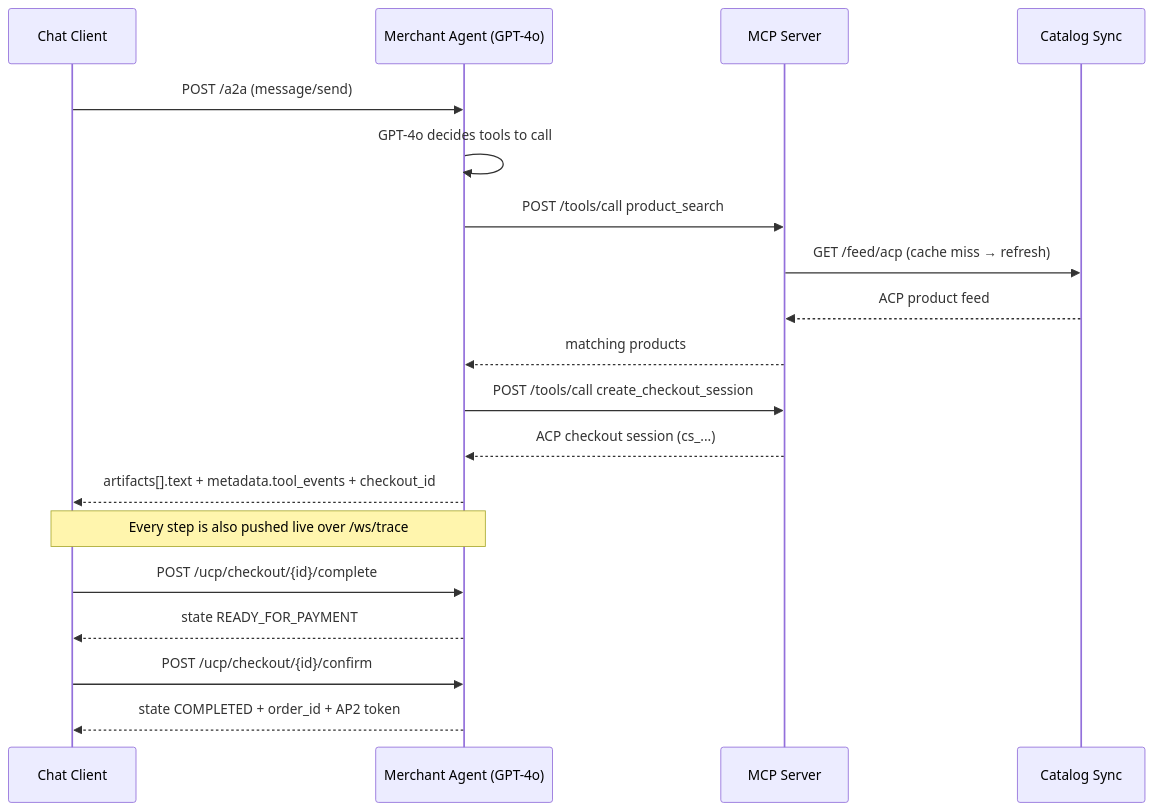
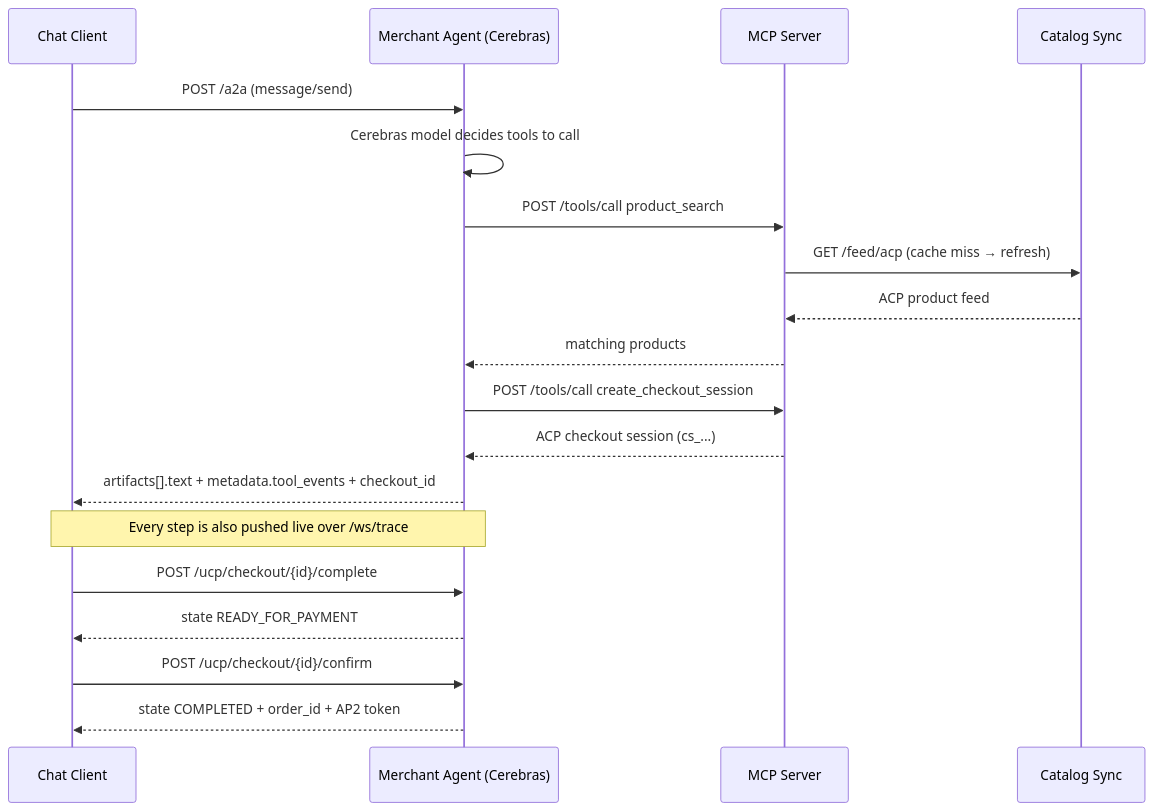
Before and after one commit to ahnafyy/ai-engineer-2026-agentic-commerce-stack: the second of 2 diagrams in docs/architecture.md, drawn with Mermaid. The commit also changed other lines of this file and 23 other files, not shown here.

````diff
--- a/docs/architecture.md
+++ b/docs/architecture.md
@@ -44,21 +45,21 @@
 ```mermaid
 sequenceDiagram
     participant U as Chat Client
-    participant A as Merchant Agent (GPT-4o)
+    participant A as Merchant Agent (Cerebras)
     participant M as MCP Server
     participant C as Catalog Sync
     U->>A: POST /a2a (message/send)
-    A->>A: GPT-4o decides tools to call
+    A->>A: Cerebras model decides tools to call
     A->>M: POST /tools/call product_search
     M->>C: GET /feed/acp (cache miss → refresh)
     C-->>M: ACP product feed
     M-->>A: matching products
     A->>M: POST /tools/call create_checkout_session
     M-->>A: ACP checkout session (cs_...)
     A-->>U: artifacts[].text + metadata.tool_events + checkout_id
     Note over A,U: Every step is also pushed live over /ws/trace
     U->>A: POST /ucp/checkout/{id}/complete
     A-->>U: state READY_FOR_PAYMENT
     U->>A: POST /ucp/checkout/{id}/confirm
     A-->>U: state COMPLETED + order_id + AP2 token
 ```
````
